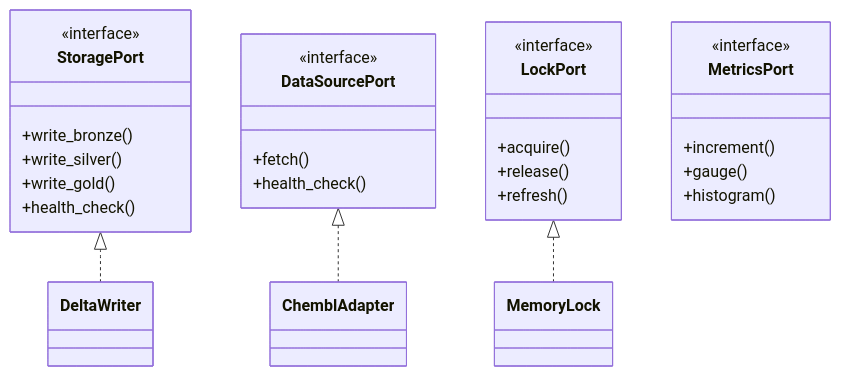
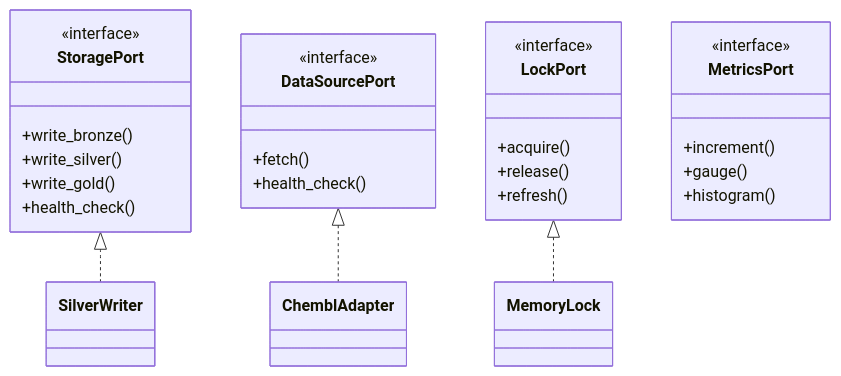
One commit to SatoryKono/BioactivityDataAcquisition changed the diagram in docs/04-reference/api/domain.md. Above: the diagram before and after it, drawn with Mermaid. The commit also changed other lines of this file and 3 other files, not shown here.

````diff
--- a/docs/04-reference/api/domain.md
+++ b/docs/04-reference/api/domain.md
@@ -7,34 +7,34 @@
 ```mermaid
 classDiagram
     class StoragePort {
         <<interface>>
         +write_bronze()
         +write_silver()
         +write_gold()
         +health_check()
     }
 
     class DataSourcePort {
         <<interface>>
         +fetch()
         +health_check()
     }
 
     class LockPort {
         <<interface>>
         +acquire()
         +release()
         +refresh()
     }
 
     class MetricsPort {
         <<interface>>
         +increment()
         +gauge()
         +histogram()
     }
 
-    StoragePort <|.. DeltaWriter
+    StoragePort <|.. SilverWriter
     DataSourcePort <|.. ChemblAdapter
     LockPort <|.. MemoryLock
 ```
````
